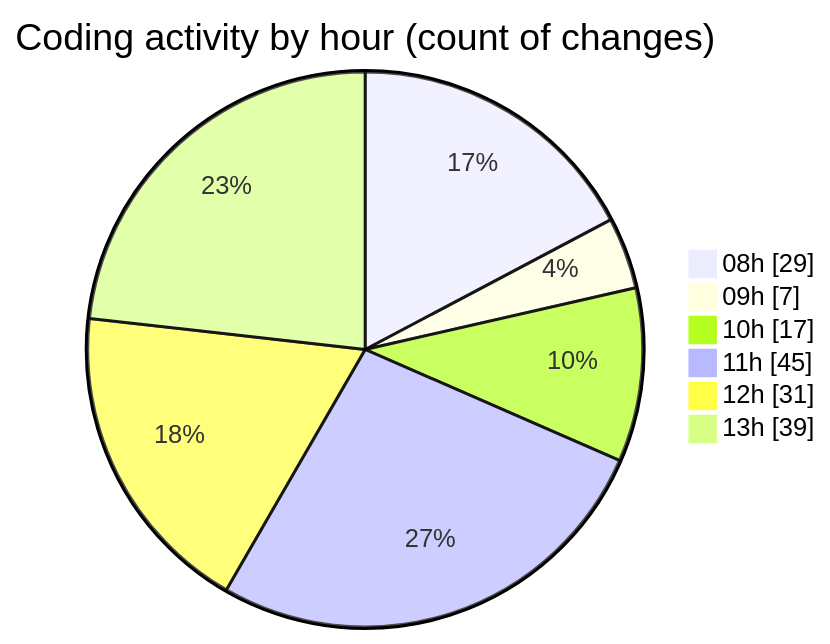
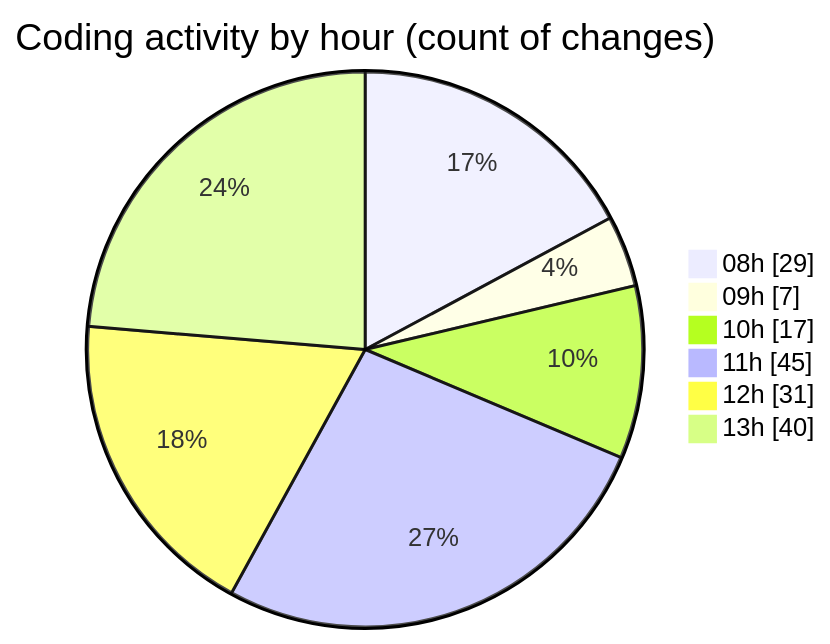
The second of 2 diagrams in 2025-04-09/cda/README.md (momahboobian/code-tracking), drawn with Mermaid before and after one commit. The commit also changed other lines of this file and 1 other file, not shown here.

````diff
--- a/2025-04-09/cda/README.md
+++ b/2025-04-09/cda/README.md
@@ -54,10 +55,10 @@
 ```mermaid
 pie showData
 title Coding activity by hour (count of changes)
 "08h" : 29
 "09h" : 7
 "10h" : 17
 "11h" : 45
 "12h" : 31
-"13h" : 39
+"13h" : 40
 ```
````
